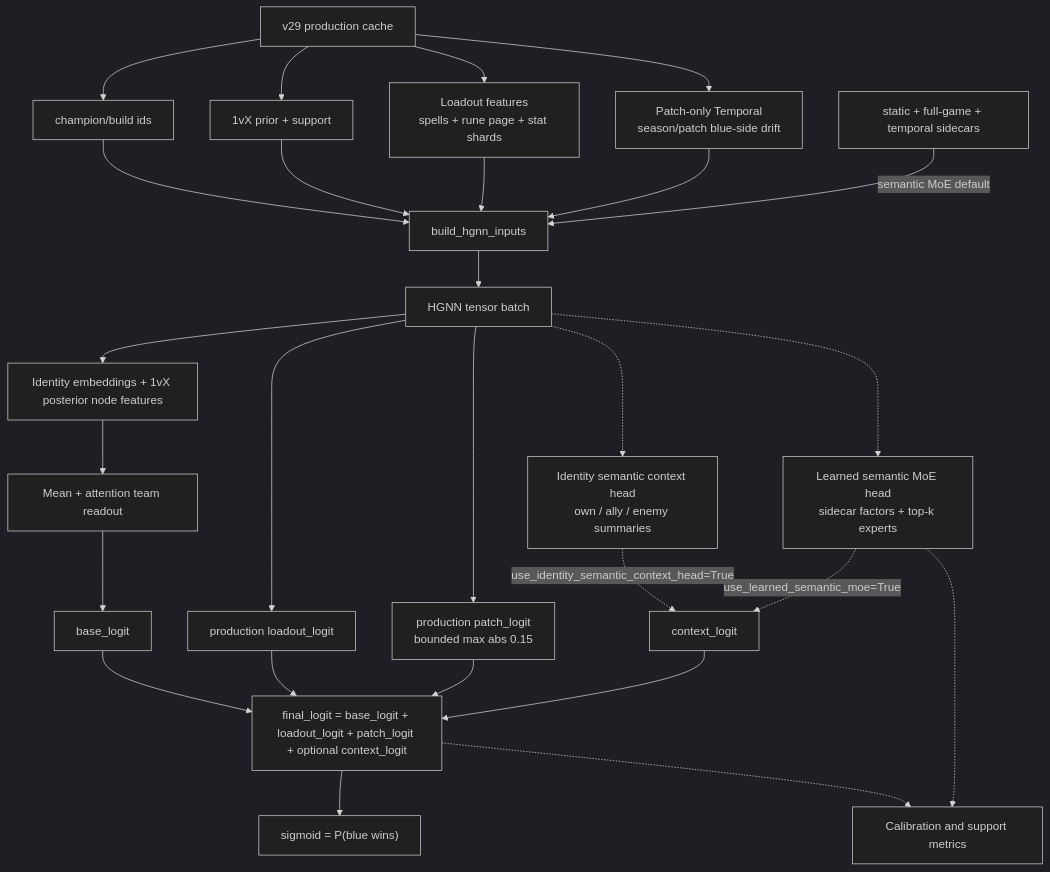
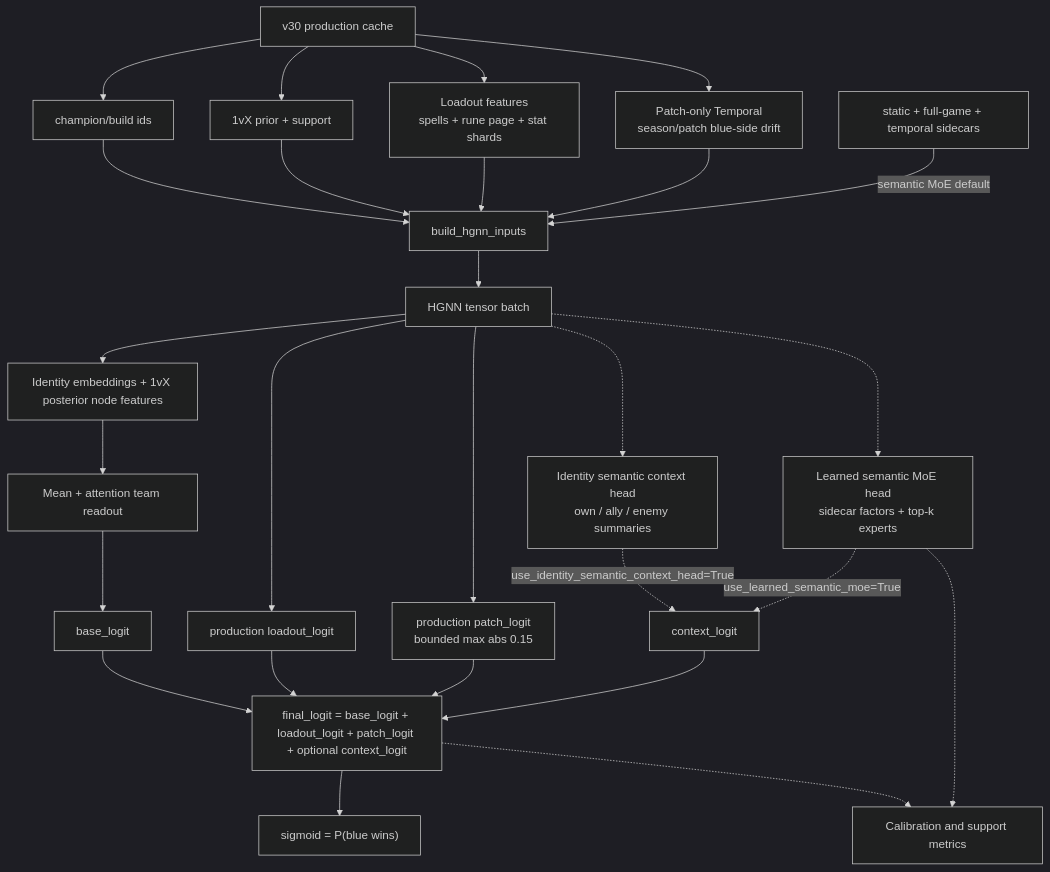
The first of 2 diagrams in app/ml/documentation/HGNN_CURRENT.md (JackLGZimmerman/riot-api-ecosystem), drawn with Mermaid (dark theme) before and after one commit. The commit also changed other lines of this file and 15 other files, not shown here.

````diff
--- a/app/ml/documentation/HGNN_CURRENT.md
+++ b/app/ml/documentation/HGNN_CURRENT.md
@@ -130,31 +138,31 @@
 ```mermaid
 flowchart TD
-    cache["v29 production cache"] --> ids["champion/build ids"]
+    cache["v30 production cache"] --> ids["champion/build ids"]
     cache --> prior["1vX prior + support"]
     cache --> loadout["Loadout features<br/>spells + rune page + stat shards"]
     cache --> patch["Patch-only Temporal<br/>season/patch blue-side drift"]
 
     ids --> hgnn_inputs["build_hgnn_inputs"]
     prior --> hgnn_inputs
     loadout --> hgnn_inputs
     patch --> hgnn_inputs
     sidecars["static + full-game + temporal sidecars"] -->|semantic MoE default| hgnn_inputs
 
     hgnn_inputs --> tensor_batch["HGNN tensor batch"]
     tensor_batch --> nodes["Identity embeddings + 1vX posterior node features"]
     tensor_batch --> loadout_logit["production loadout_logit"]
     tensor_batch --> patch_logit["production patch_logit<br/>bounded max abs 0.15"]
     tensor_batch -.-> context["Identity semantic context head<br/>own / ally / enemy summaries"]
     tensor_batch -.-> moe["Learned semantic MoE head<br/>sidecar factors + top-k experts"]
     nodes --> readout["Mean + attention team readout"]
     readout --> base["base_logit"]
     context -.->|use_identity_semantic_context_head=True| context_logit["context_logit"]
     moe -.->|use_learned_semantic_moe=True| context_logit
     base --> final["final_logit = base_logit + loadout_logit + patch_logit + optional context_logit"]
     context_logit --> final
     loadout_logit --> final
     patch_logit --> final
     final --> prob["sigmoid = P(blue wins)"]
     final -.-> diagnostics["Calibration and support metrics"]
     moe -.-> diagnostics
 ```
````
